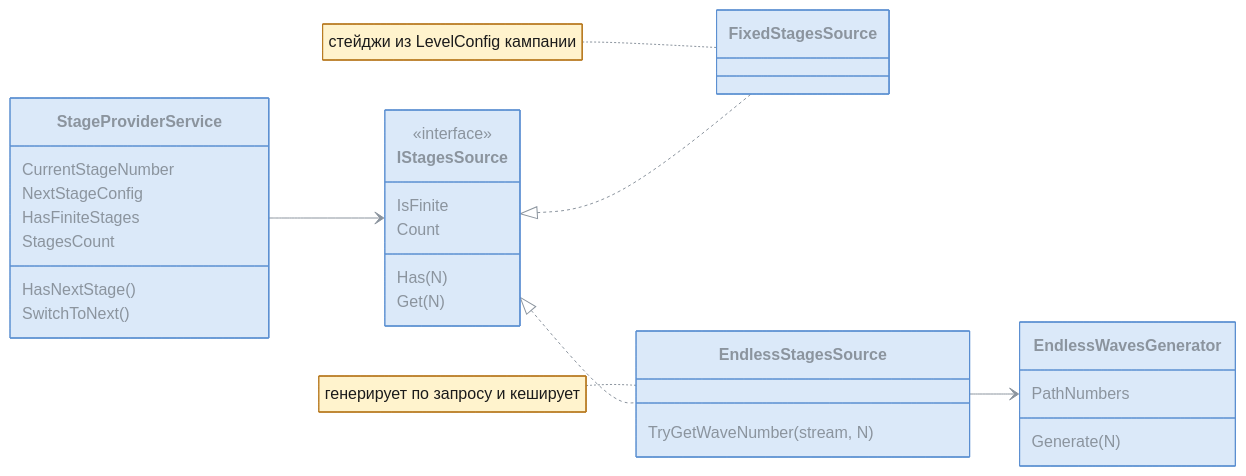
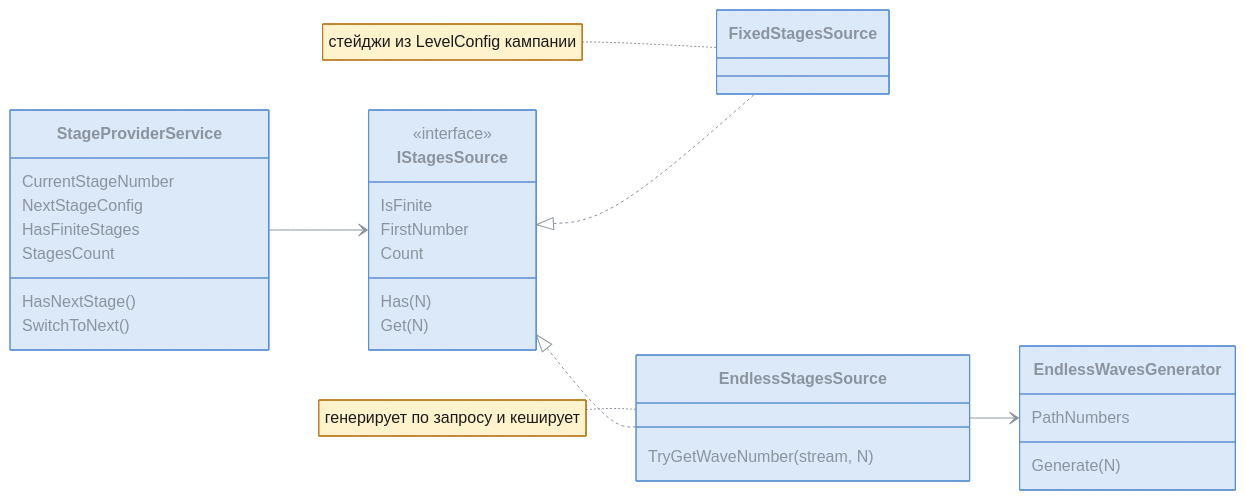
One commit to TheImperialGuard/KingdomStandTD changed the fifth of 24 diagrams in Docs/EndlessModeArchitecture.md. Above: the diagram before and after it, drawn with Mermaid. The commit also changed other lines of this file, not shown here.

````diff
--- a/Docs/EndlessModeArchitecture.md
+++ b/Docs/EndlessModeArchitecture.md
@@ -161,40 +163,41 @@
 ```mermaid
 %%{init: {"theme": "base", "themeVariables": {"primaryColor": "#dbe9f9", "primaryTextColor": "#1b1b1b", "primaryBorderColor": "#5b8fd1", "lineColor": "#8b949e", "textColor": "#8b949e", "noteBkgColor": "#fff3cd", "noteTextColor": "#1b1b1b", "noteBorderColor": "#b7791f"}}}%%
 classDiagram
     direction LR
 
     class StageProviderService {
         CurrentStageNumber
         NextStageConfig
         HasFiniteStages
         StagesCount
         HasNextStage()
         SwitchToNext()
     }
 
     class IStagesSource {
         <<interface>>
         IsFinite
+        FirstNumber
         Count
         Has(N)
         Get(N)
     }
 
     class FixedStagesSource
     class EndlessStagesSource {
         TryGetWaveNumber(stream, N)
     }
 
     class EndlessWavesGenerator {
         PathNumbers
         Generate(N)
     }
 
     StageProviderService --> IStagesSource
     IStagesSource <|.. FixedStagesSource
     IStagesSource <|.. EndlessStagesSource
     EndlessStagesSource --> EndlessWavesGenerator
 
     note for FixedStagesSource "стейджи из LevelConfig кампании"
     note for EndlessStagesSource "генерирует по запросу и кеширует"
 ```
````
